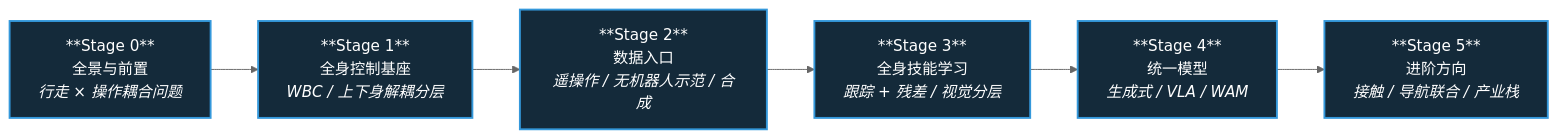
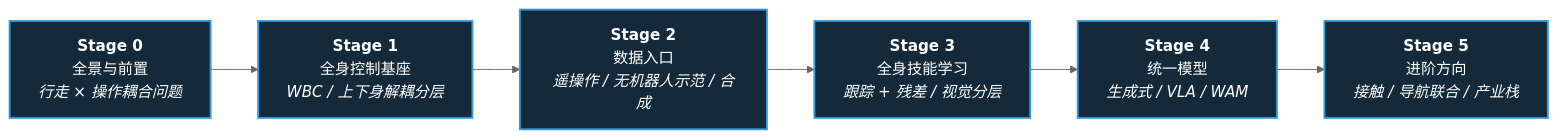
The diagram in roadmap/depth-loco-manipulation.md (ImChong/Robotics_Notebooks), drawn with Mermaid (neutral theme) before and after one commit. The commit also changed 27 other files, not shown here.

First line of the commit message:
fix(ux): 修复纵深路线一览 Mermaid 节点 ** 原样显示

````diff
--- a/roadmap/depth-loco-manipulation.md
+++ b/roadmap/depth-loco-manipulation.md
@@ -7,14 +7,14 @@
 ```mermaid
 flowchart LR
-  S0["**Stage 0**<br/>全景与前置<br/><em>行走 × 操作耦合问题</em>"]
-  S1["**Stage 1**<br/>全身控制基座<br/><em>WBC / 上下身解耦分层</em>"]
-  S2["**Stage 2**<br/>数据入口<br/><em>遥操作 / 无机器人示范 / 合成</em>"]
-  S3["**Stage 3**<br/>全身技能学习<br/><em>跟踪 + 残差 / 视觉分层</em>"]
-  S4["**Stage 4**<br/>统一模型<br/><em>生成式 / VLA / WAM</em>"]
-  S5["**Stage 5**<br/>进阶方向<br/><em>接触 / 导航联合 / 产业栈</em>"]
+  S0["<b>Stage 0</b><br/>全景与前置<br/><em>行走 × 操作耦合问题</em>"]
+  S1["<b>Stage 1</b><br/>全身控制基座<br/><em>WBC / 上下身解耦分层</em>"]
+  S2["<b>Stage 2</b><br/>数据入口<br/><em>遥操作 / 无机器人示范 / 合成</em>"]
+  S3["<b>Stage 3</b><br/>全身技能学习<br/><em>跟踪 + 残差 / 视觉分层</em>"]
+  S4["<b>Stage 4</b><br/>统一模型<br/><em>生成式 / VLA / WAM</em>"]
+  S5["<b>Stage 5</b><br/>进阶方向<br/><em>接触 / 导航联合 / 产业栈</em>"]
 
   S0 --> S1 --> S2 --> S3 --> S4 --> S5
 
   classDef stage fill:#142a3a,stroke:#3498db,stroke-width:2px,color:#fff
   class S0,S1,S2,S3,S4,S5 stage
 ```
````
